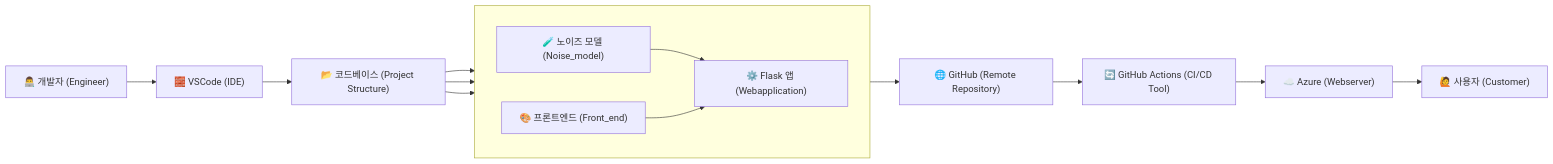
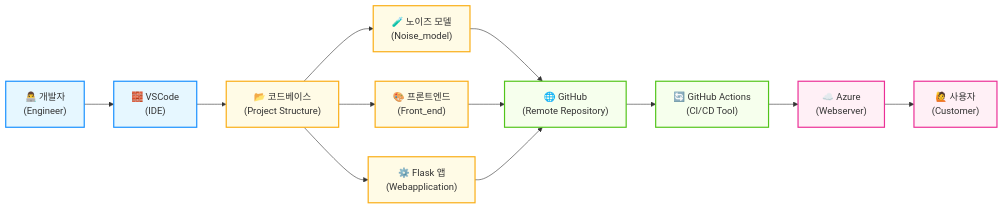
Before and after one commit to hyundairotemai2/AIFAKER: the second of 2 diagrams in README.md, drawn with Mermaid.

Commit message:
README.md 업데이트: 개발 흐름 다이어그램 개선 및 구성 요소 연결 추가

````diff
--- a/README.md
+++ b/README.md
@@ -32,29 +32,41 @@
 ```mermaid
 flowchart LR
-    %% 개발자 → IDE → 코드베이스
-    Engineer["👨‍💻 개발자 (Engineer)"] --> IDE["🧱 VSCode (IDE)"]
-    IDE --> Codebase["📂 코드베이스 (Project Structure)"]
+    Engineer["👨‍💻 개발자<br/>(Engineer)"]
+    IDE["🧱 VSCode<br/>(IDE)"]
+    Codebase["📂 코드베이스<br/>(Project Structure)"]
 
-    %% 수평 정렬: 모델 / 백엔드 / 프론트엔드
-    subgraph Components[ ]
-        direction LR
-        Model["🧪 노이즈 모델 (Noise_model)"]
-        Backend["⚙️ Flask 앱 (Webapplication)"]
-        Frontend["🎨 프론트엔드 (Front_end)"]
-    end
+    Model["🧪 노이즈 모델<br/>(Noise_model)"]
+    Frontend["🎨 프론트엔드<br/>(Front_end)"]
+    Backend["⚙️ Flask 앱<br/>(Webapplication)"]
 
-    %% 코드베이스 → 구성 요소
+    GitHub["🌐 GitHub<br/>(Remote Repository)"]
+    Actions["🔄 GitHub Actions<br/>(CI/CD Tool)"]
+    Azure["☁️ Azure<br/>(Webserver)"]
+    Customer["🙋 사용자<br/>(Customer)"]
+
+    Engineer --> IDE
+    IDE --> Codebase
     Codebase --> Model
+    Codebase --> Frontend
     Codebase --> Backend
-    Codebase --> Frontend
 
-    %% 구성 요소 연결
-    Model --> Backend
-    Frontend --> Backend
+    Model --> GitHub
+    Frontend --> GitHub
+    Backend --> GitHub
 
-    %% 백엔드 → GitHub → 배포
-    Backend --> GitHub["🌐 GitHub (Remote Repository)"]
-    GitHub --> Actions["🔄 GitHub Actions (CI/CD Tool)"]
-    Actions --> Azure["☁️ Azure (Webserver)"]
-    Azure --> Customer["🙋 사용자 (Customer)"]
+    GitHub --> Actions
+    Actions --> Azure
+    Azure --> Customer
+
+    %% ✅ 클래스 정의 (노드 색상)
+    classDef dev fill:#e6f7ff,stroke:#1890ff,stroke-width:2px;
+    classDef code fill:#fffbe6,stroke:#faad14,stroke-width:2px;
+    classDef infra fill:#f6ffed,stroke:#52c41a,stroke-width:2px;
+    classDef deploy fill:#fff0f6,stroke:#eb2f96,stroke-width:2px;
+
+    %% ✅ 클래스 적용
+    class Engineer,IDE dev;
+    class Codebase,Model,Frontend,Backend code;
+    class GitHub,Actions infra;
+    class Azure,Customer deploy;
 ```
````
